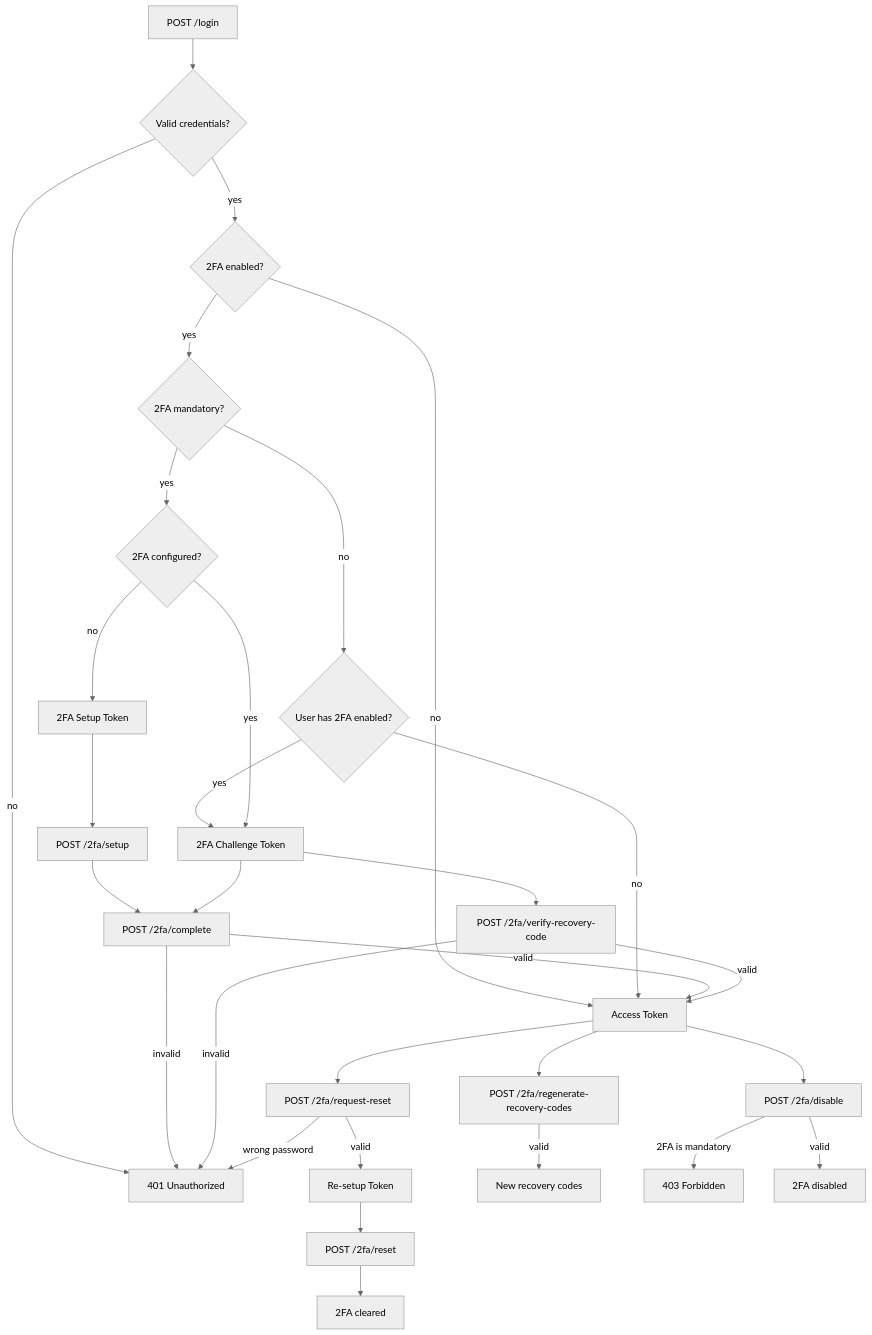
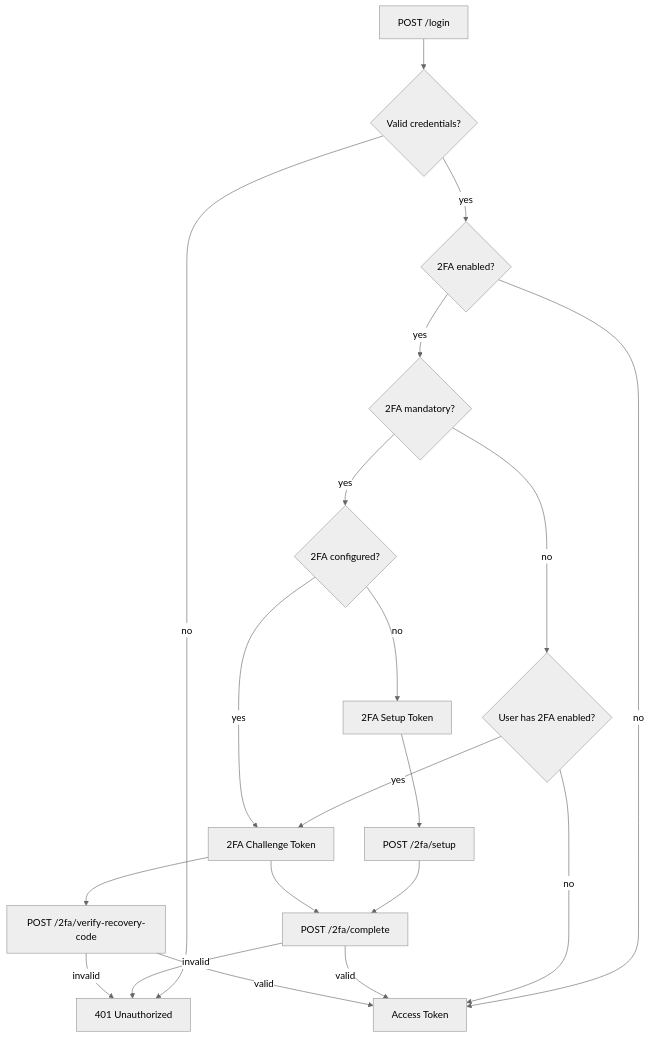
One commit to Light-it-labs/lightit-auth-laravel changed the first of 2 diagrams in docs/google-2fa.md. Above: the diagram before and after it, drawn with Mermaid (neutral theme). The commit also changed other lines of this file, not shown here.

Commit message:
docs(google-2fa): split the flow diagram into logging in and managing 2FA
One chart carried both, which made the Access Token node a hub with four
arrows in and three out - it read as though a successful login loops back
into 2FA. It does not: regenerating recovery codes, disabling 2FA and
resetting it are separate requests made later by a user who is already
authenticated.

Two charts now. The first ends where the login ends, at an access token.
The second starts from there and shows the three operations side by side,
each with its own outcome. Wrong-password paths are 401 - all three run the
password through PasswordValidatorAction, which throws UnauthenticatedException.

````diff
--- a/docs/google-2fa.md
+++ b/docs/google-2fa.md
@@ -173,41 +175,28 @@
 ```mermaid
 flowchart TD
     Login[POST /login] --> ValidateCreds{Valid credentials?}
     ValidateCreds -- no --> E401[401 Unauthorized]
     ValidateCreds -- yes --> AppHas2FA{2FA enabled?}
 
     AppHas2FA -- no --> AccessToken[Access Token]
     AppHas2FA -- yes --> IsMandatory{2FA mandatory?}
 
     IsMandatory -- no --> UserHas2FA{User has 2FA enabled?}
     UserHas2FA -- no --> AccessToken
     UserHas2FA -- yes --> ChallengeToken[2FA Challenge Token]
 
     IsMandatory -- yes --> IsSetup{2FA configured?}
     IsSetup -- no --> SetupToken[2FA Setup Token]
     IsSetup -- yes --> ChallengeToken
 
     SetupToken --> Setup[POST /2fa/setup]
-    Setup --> Complete
+    Setup --> Complete[POST /2fa/complete]
 
-    ChallengeToken --> Complete[POST /2fa/complete]
+    ChallengeToken --> Complete
     ChallengeToken --> RecoveryCode[POST /2fa/verify-recovery-code]
 
     Complete -- invalid --> E401
     Complete -- valid --> AccessToken
     RecoveryCode -- invalid --> E401
     RecoveryCode -- valid --> AccessToken
-
-    AccessToken --> RequestReset[POST /2fa/request-reset]
-    AccessToken --> Regenerate[POST /2fa/regenerate-recovery-codes]
-    AccessToken --> Disable[POST /2fa/disable]
-
-    RequestReset -- wrong password --> E401
-    RequestReset -- valid --> ResetToken[Re-setup Token]
-    ResetToken --> Reset[POST /2fa/reset]
-    Reset --> Cleared[2FA cleared]
-
-    Regenerate -- valid --> NewCodes[New recovery codes]
-    Disable -- 2FA is mandatory --> E403[403 Forbidden]
-    Disable -- valid --> Disabled[2FA disabled]
 ```
````
